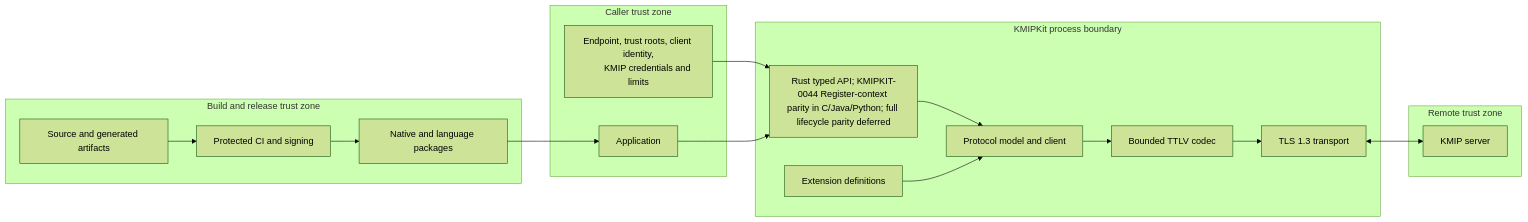
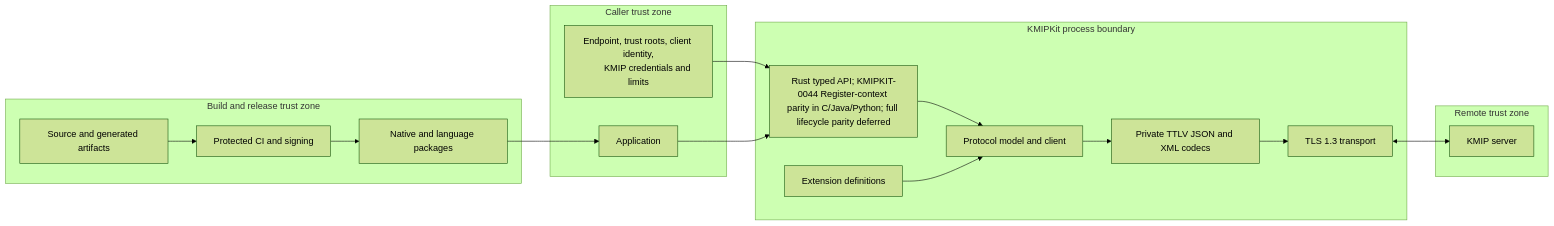
The diagram in docs/security/threat-model.md (NeverWe1come/KMIPKit), drawn with Mermaid (forest theme) before and after one commit. The commit also changed other lines of this file and 22 other files, not shown here.

````diff
--- a/docs/security/threat-model.md
+++ b/docs/security/threat-model.md
@@ -40,28 +42,28 @@
 ```mermaid
 flowchart LR
     subgraph Caller[Caller trust zone]
         App[Application]
         Config[Endpoint, trust roots, client identity,
         KMIP credentials and limits]
     end
     subgraph Native[KMIPKit process boundary]
         Binding[Rust typed API; KMIPKIT-0044 Register-context parity in C/Java/Python; full lifecycle parity deferred]
         Core[Protocol model and client]
-        Parser[Bounded TTLV codec]
+        Parser[Private TTLV JSON and XML codecs]
         TLS[TLS 1.3 transport]
         Ext[Extension definitions]
     end
     subgraph Remote[Remote trust zone]
         Server[KMIP server]
     end
     subgraph Supply[Build and release trust zone]
         Source[Source and generated artifacts]
         CI[Protected CI and signing]
         Package[Native and language packages]
     end
 
     Config --> Binding
     App --> Binding --> Core --> Parser --> TLS <--> Server
     Ext --> Core
     Source --> CI --> Package --> App
 ```
````
